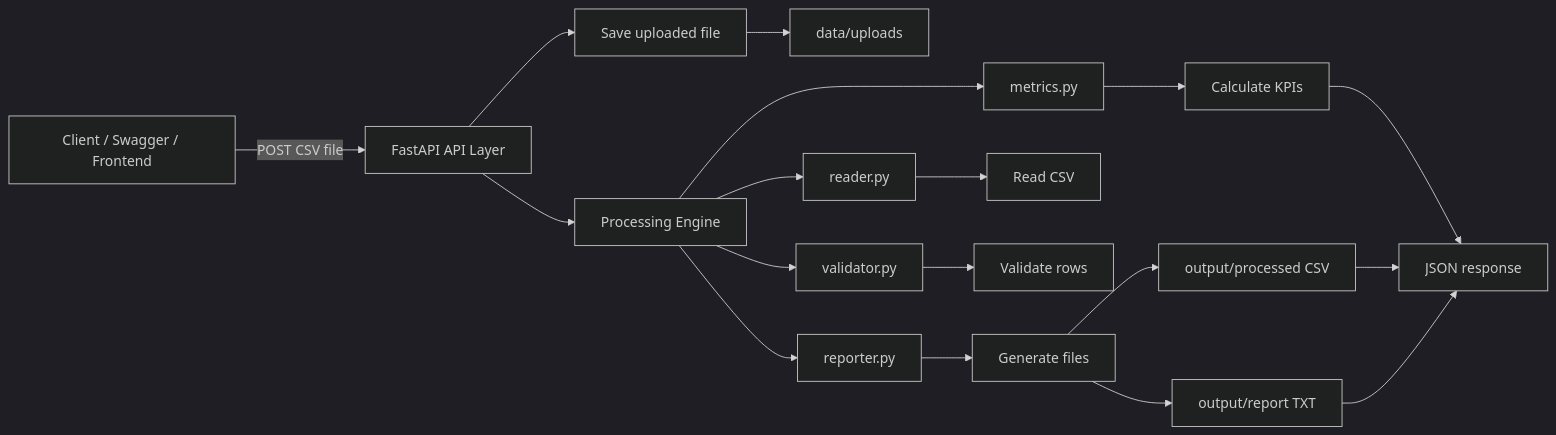
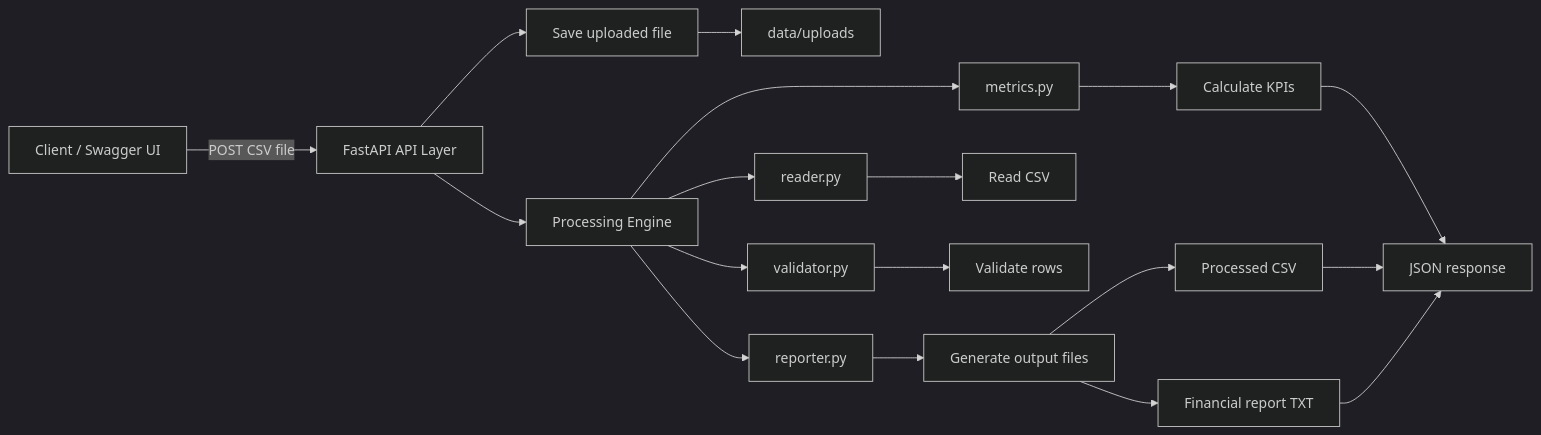
One commit to RafaelStevanato/financial-data-processor-api changed the first of 2 diagrams in README.md. Above: the diagram before and after it, drawn with Mermaid (dark theme). The commit also changed other lines of this file, not shown here.

````diff
--- a/README.md
+++ b/README.md
@@ -115,24 +143,24 @@
 ```mermaid
 flowchart LR
-    A[Client / Swagger / Frontend] -->|POST CSV file| B[FastAPI API Layer]
+    A[Client / Swagger UI] -->|POST CSV file| B[FastAPI API Layer]
     B --> C[Save uploaded file]
     C --> D[data/uploads]
 
     B --> E[Processing Engine]
     E --> F[reader.py]
     E --> G[validator.py]
     E --> H[metrics.py]
     E --> I[reporter.py]
 
     F --> J[Read CSV]
     G --> K[Validate rows]
     H --> L[Calculate KPIs]
-    I --> M[Generate files]
+    I --> M[Generate output files]
 
-    M --> N[output/processed CSV]
-    M --> O[output/report TXT]
+    M --> N[Processed CSV]
+    M --> O[Financial report TXT]
     L --> P[JSON response]
 
     N --> P
     O --> P
 ```
````
